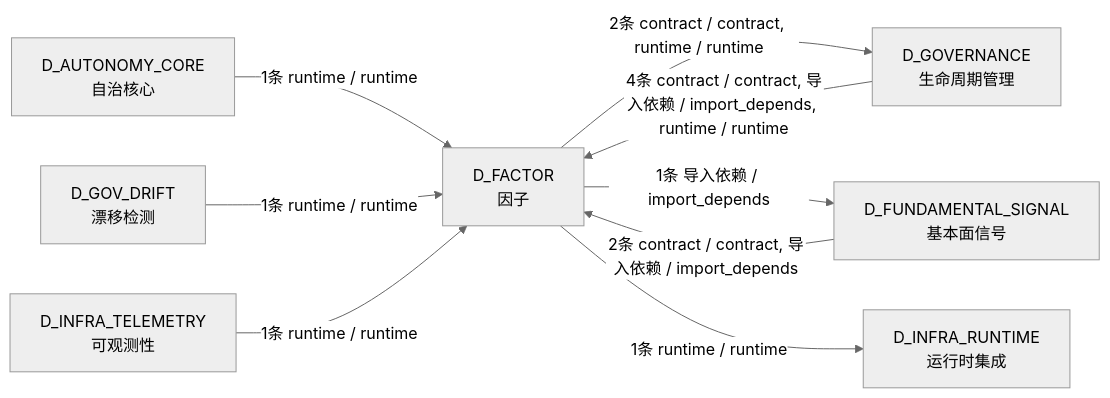
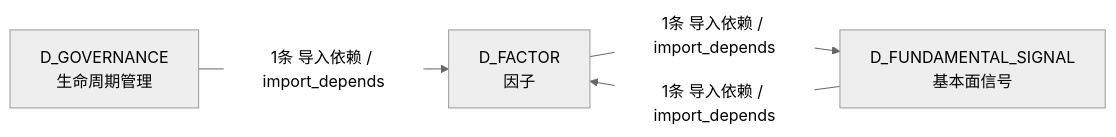
The fourth of 4 diagrams in docs/02_enterprise_architecture/02_domain_architecture_docs/29_d_factor.md (xuanFelixVan/ZephyrAlpha), drawn with Mermaid (neutral theme) before and after one commit. The commit also changed other lines of this file and 99 other files, not shown here.

````diff
--- a/docs/02_enterprise_architecture/02_domain_architecture_docs/29_d_factor.md
+++ b/docs/02_enterprise_architecture/02_domain_architecture_docs/29_d_factor.md
@@ -234,18 +194,9 @@
 ```mermaid
 graph LR
     D_FACTOR["D_FACTOR<br/>因子"]
+    D_FUNDAMENTAL_SIGNAL["D_FUNDAMENTAL_SIGNAL<br/>基本面信号"]
     D_GOVERNANCE["D_GOVERNANCE<br/>生命周期管理"]
-    D_FUNDAMENTAL_SIGNAL["D_FUNDAMENTAL_SIGNAL<br/>基本面信号"]
-    D_INFRA_RUNTIME["D_INFRA_RUNTIME<br/>运行时集成"]
-    D_AUTONOMY_CORE["D_AUTONOMY_CORE<br/>自治核心"]
-    D_GOV_DRIFT["D_GOV_DRIFT<br/>漂移检测"]
-    D_INFRA_TELEMETRY["D_INFRA_TELEMETRY<br/>可观测性"]
-    D_FACTOR -->|2条 contract / contract, runtime / runtime| D_GOVERNANCE
     D_FACTOR -->|1条 导入依赖 / import_depends| D_FUNDAMENTAL_SIGNAL
-    D_FACTOR -->|1条 runtime / runtime| D_INFRA_RUNTIME
-    D_GOVERNANCE -->|4条 contract / contract, 导入依赖 / import_depends, runtime / runtime| D_FACTOR
-    D_FUNDAMENTAL_SIGNAL -->|2条 contract / contract, 导入依赖 / import_depends| D_FACTOR
-    D_AUTONOMY_CORE -->|1条 runtime / runtime| D_FACTOR
-    D_GOV_DRIFT -->|1条 runtime / runtime| D_FACTOR
-    D_INFRA_TELEMETRY -->|1条 runtime / runtime| D_FACTOR
+    D_FUNDAMENTAL_SIGNAL -->|1条 导入依赖 / import_depends| D_FACTOR
+    D_GOVERNANCE -->|1条 导入依赖 / import_depends| D_FACTOR
 ```
````
